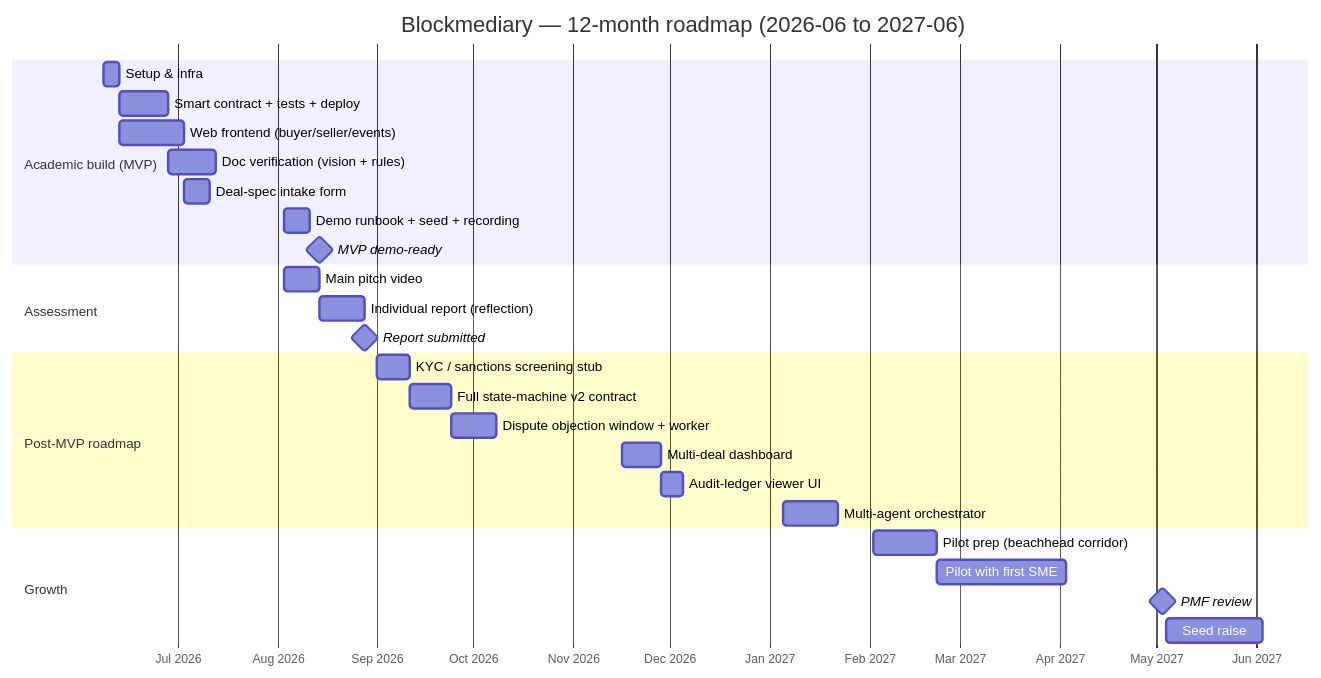
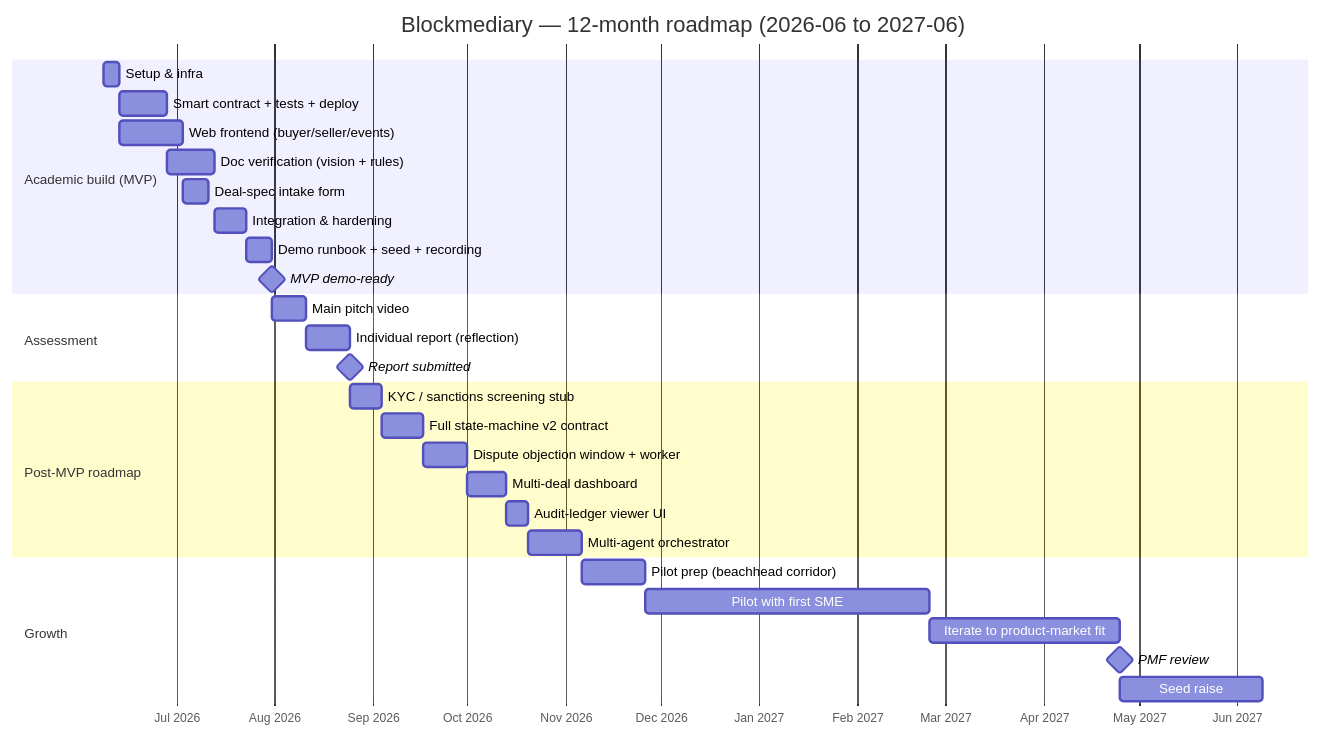
Before and after one commit to nchengg/BlockMed: the diagram in proposal/sizing.md, drawn with Mermaid.

Commit message:
removed sizing gaps

````diff
--- a/proposal/sizing.md
+++ b/proposal/sizing.md
@@ -78,36 +78,38 @@
 ```mermaid
 gantt
     title Blockmediary — 12-month roadmap (2026-06 to 2027-06)
     dateFormat YYYY-MM-DD
     axisFormat %b %Y
     tickInterval 1month
     weekday monday
 
     section Academic build (MVP)
     Setup & infra                       :a1, 2026-06-08, 5d
     Smart contract + tests + deploy     :a2, after a1, 15d
     Web frontend (buyer/seller/events)  :a3, after a1, 20d
     Doc verification (vision + rules)   :a4, after a2, 15d
     Deal-spec intake form               :a5, after a3, 8d
-    Demo runbook + seed + recording     :a6, 2026-08-03, 8d
-    MVP demo-ready                      :milestone, m1, 2026-08-14, 0d
+    Integration & hardening             :a6, after a4, 10d
+    Demo runbook + seed + recording     :a7, after a6, 8d
+    MVP demo-ready                      :milestone, m1, after a7, 0d
 
     section Assessment
-    Main pitch video                    :b1, 2026-08-03, 11d
-    Individual report (reflection)      :b2, 2026-08-14, 14d
-    Report submitted                    :milestone, m2, 2026-08-28, 0d
+    Main pitch video                    :b1, after a7, 11d
+    Individual report (reflection)      :b2, after b1, 14d
+    Report submitted                    :milestone, m2, after b2, 0d
 
     section Post-MVP roadmap
-    KYC / sanctions screening stub      :c1, 2026-09-01, 10d
+    KYC / sanctions screening stub      :c1, after b2, 10d
     Full state-machine v2 contract      :c2, after c1, 13d
     Dispute objection window + worker   :c3, after c2, 14d
-    Multi-deal dashboard                :c4, 2026-11-16, 12d
+    Multi-deal dashboard                :c4, after c3, 12d
     Audit-ledger viewer UI              :c5, after c4, 7d
-    Multi-agent orchestrator            :c6, 2027-01-05, 17d
+    Multi-agent orchestrator            :c6, after c5, 17d
 
     section Growth
-    Pilot prep (beachhead corridor)     :d1, 2027-02-02, 20d
-    Pilot with first SME              :d2, after d1, 40d
-    PMF review                          :milestone, m3, 2027-05-03, 0d
-    Seed raise                       :d3, 2027-05-04, 30d
+    Pilot prep (beachhead corridor)     :d1, after c6, 20d
+    Pilot with first SME              :d2, after d1, 90d
+    Iterate to product-market fit       :d3, after d2, 60d
+    PMF review                          :milestone, m3, after d3, 0d
+    Seed raise                       :d4, after d3, 45d
 ```
````
